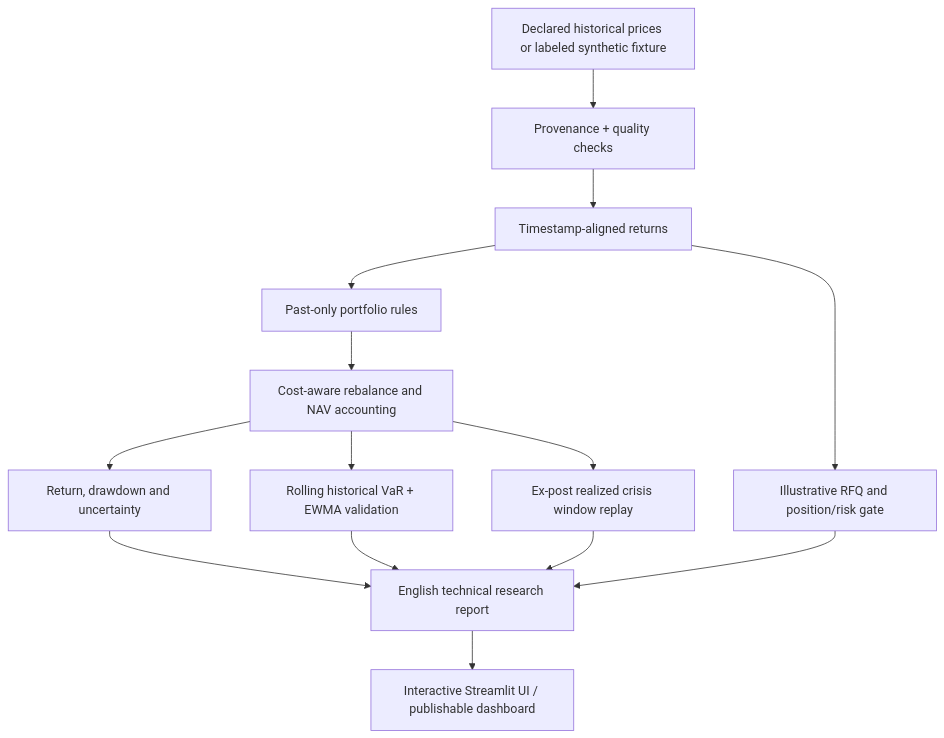
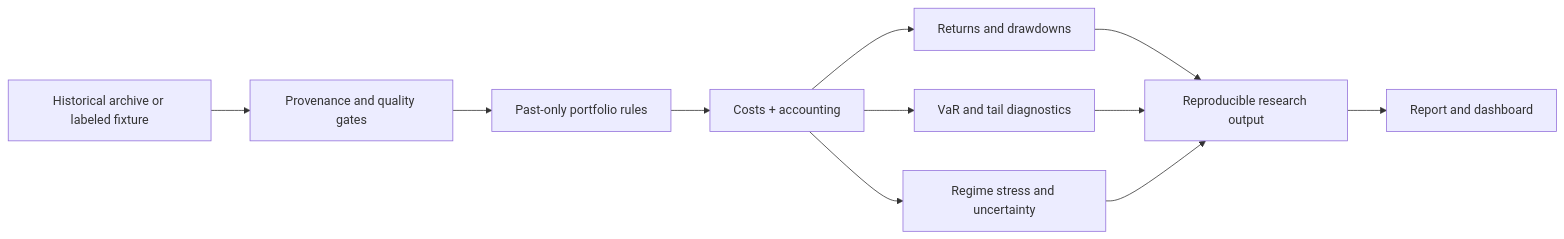
Before and after one commit to yavuzaksoyy06-create/ATLAS-Cross-Asset-Trading-Risk-Research: the diagram in README.md, drawn with Mermaid. The commit also changed other lines of this file, not shown here.

Commit message:
Present ATLAS as evidence-led cross-asset risk research with audited findings

````diff
--- a/README.md
+++ b/README.md
@@ -28,16 +88,13 @@
-```mermaid
-flowchart TD
-  A[Declared historical prices or labeled synthetic fixture] --> B[Provenance + quality checks]
-  B --> C[Timestamp-aligned returns]
-  C --> D[Past-only portfolio rules]
-  D --> E[Cost-aware rebalance and NAV accounting]
-  E --> F[Return, drawdown and uncertainty]
-  E --> G[Rolling historical VaR + EWMA validation]
-  E --> H[Ex-post realized crisis window replay]
-  C --> I[Illustrative RFQ and position/risk gate]
-  F --> J[English technical research report]
-  G --> J
-  H --> J
-  I --> J
-  J --> K[Interactive Streamlit UI / publishable dashboard]
-```
+~~~mermaid
+flowchart LR
+    A[Historical archive or labeled fixture] --> B[Provenance and quality gates]
+    B --> C[Past-only portfolio rules]
+    C --> D[Costs + accounting]
+    D --> E[Returns and drawdowns]
+    D --> F[VaR and tail diagnostics]
+    D --> G[Regime stress and uncertainty]
+    E --> H[Reproducible research output]
+    F --> H
+    G --> H
+    H --> I[Report and dashboard]
+~~~
````
